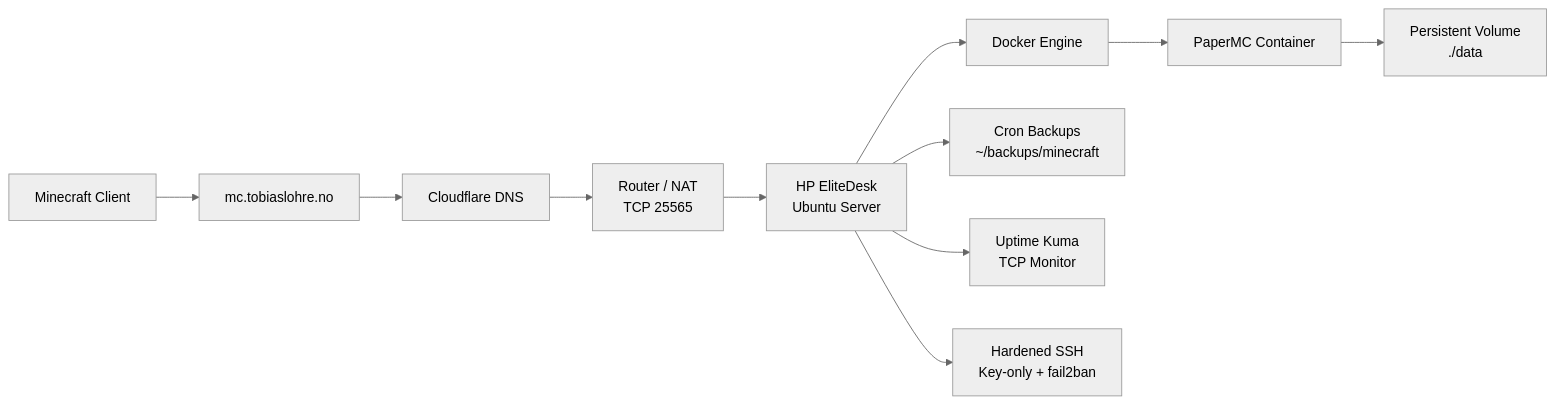
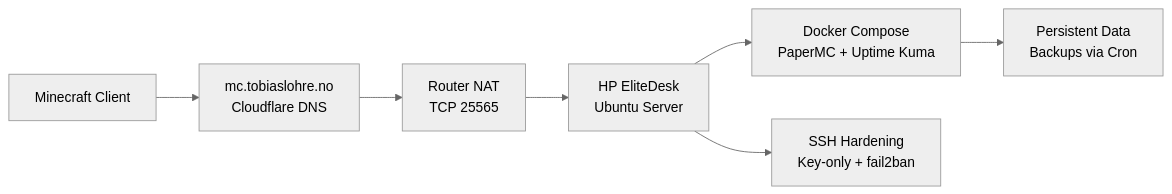
One commit to Tobiaslohre/docker-minecraft-homelab changed the diagram in README.md. Above: the diagram before and after it, drawn with Mermaid (neutral theme). The commit also changed other lines of this file, not shown here.

````diff
--- a/README.md
+++ b/README.md
@@ -11,15 +11,10 @@
 ```mermaid
 graph LR
-    Client[Minecraft Client] --> DNS[mc.tobiaslohre.no]
-    DNS --> CF[Cloudflare DNS]
-    CF --> Router[Router / NAT<br>TCP 25565]
-    Router --> Host[HP EliteDesk<br>Ubuntu Server]
+    Client[Minecraft Client] --> Internet[mc.tobiaslohre.no<br>Cloudflare DNS]
+    Internet --> Router[Router NAT<br>TCP 25565]
+    Router --> Server[HP EliteDesk<br>Ubuntu Server]
 
-    Host --> Docker[Docker Engine]
-    Docker --> MC[PaperMC Container]
-    MC --> Data[Persistent Volume<br>./data]
-
-    Host --> Backup[Cron Backups<br>~/backups/minecraft]
-    Host --> Kuma[Uptime Kuma<br>TCP Monitor]
-    Host --> SSH[Hardened SSH<br>Key-only + fail2ban]
+    Server --> Stack[Docker Compose<br>PaperMC + Uptime Kuma]
+    Stack --> Data[Persistent Data<br>Backups via Cron]
+    Server --> Security[SSH Hardening<br>Key-only + fail2ban]
 ```
````
